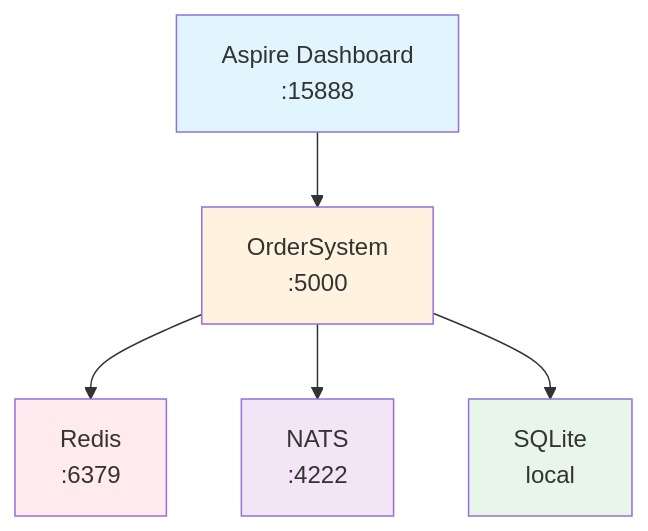
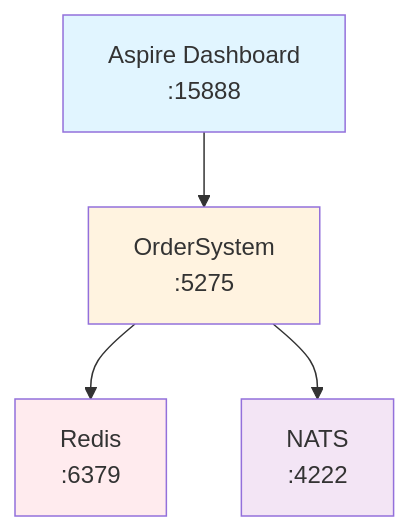
Before and after one commit to Cricle/Catga: the diagram in examples/README.md, drawn with Mermaid. The commit also changed other lines of this file and 2 other files, not shown here.

First line of the commit message:
feat: add one-click demo scripts for Single/Cluster/Aspire modes

````diff
--- a/examples/README.md
+++ b/examples/README.md
@@ -45,13 +71,11 @@
 ```mermaid
 graph TB
-    A[Aspire Dashboard<br/>:15888] --> B[OrderSystem<br/>:5000]
+    A[Aspire Dashboard<br/>:15888] --> B[OrderSystem<br/>:5275]
     B --> C[Redis<br/>:6379]
     B --> D[NATS<br/>:4222]
-    B --> E[SQLite<br/>local]
 
     style A fill:#e1f5ff
     style B fill:#fff3e0
     style C fill:#ffebee
     style D fill:#f3e5f5
-    style E fill:#e8f5e9
 ```
````
